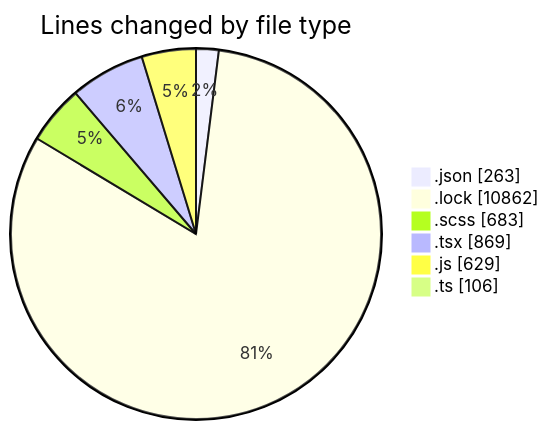
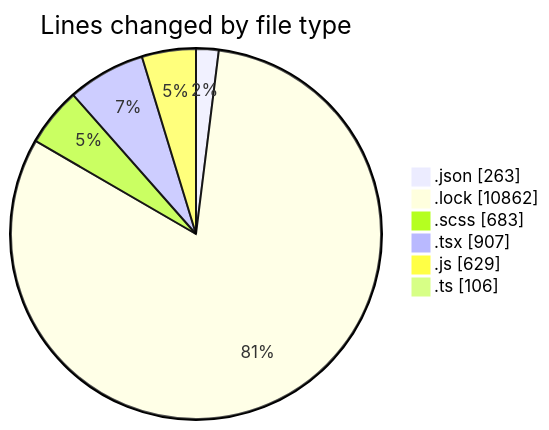
One commit to momahboobian/code-tracking changed the first of 2 diagrams in 2026-05-18/cda/README.md. Above: the diagram before and after it, drawn with Mermaid. The commit also changed other lines of this file and 1 other file, not shown here.

````diff
--- a/2026-05-18/cda/README.md
+++ b/2026-05-18/cda/README.md
@@ -36,10 +36,10 @@
 ```mermaid
 pie showData
 title Lines changed by file type
 ".json" : 263
 ".lock" : 10862
 ".scss" : 683
-".tsx" : 869
+".tsx" : 907
 ".js" : 629
 ".ts" : 106
 ```
````
